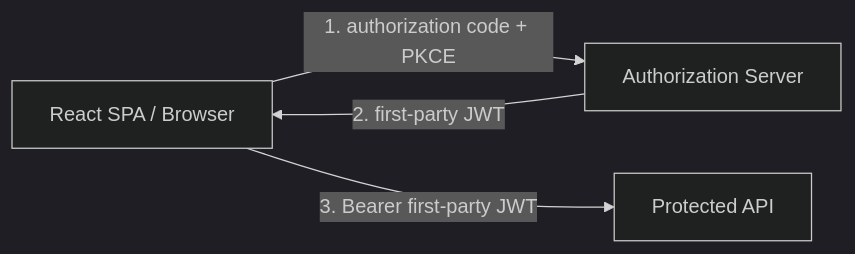
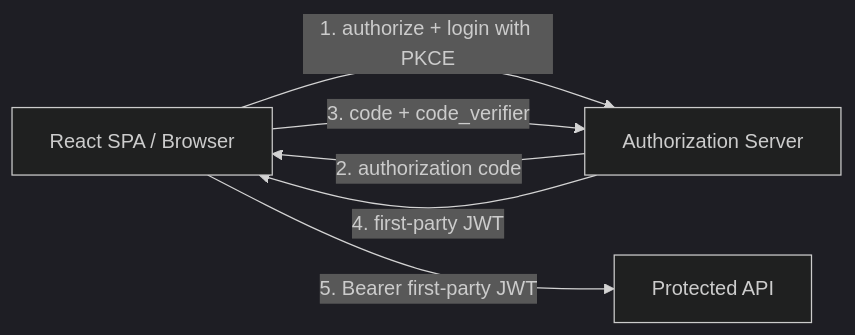
Before and after one commit to haoyucheng369-gif/identity-platform: the first of 10 diagrams in README.md, drawn with Mermaid (dark theme). The commit also changed other lines of this file, not shown here.

Commit message:
Align README auth diagrams with request flow

````diff
--- a/README.md
+++ b/README.md
@@ -30,10 +30,12 @@
 ```mermaid
 flowchart LR
     Browser[React SPA / Browser]
     Auth[Authorization Server]
     API[Protected API]
 
-    Browser -->|1. authorization code + PKCE| Auth
-    Auth -->|2. first-party JWT| Browser
-    Browser -->|3. Bearer first-party JWT| API
+    Browser -->|1. authorize + login with PKCE| Auth
+    Auth -->|2. authorization code| Browser
+    Browser -->|3. code + code_verifier| Auth
+    Auth -->|4. first-party JWT| Browser
+    Browser -->|5. Bearer first-party JWT| API
 ```
````
